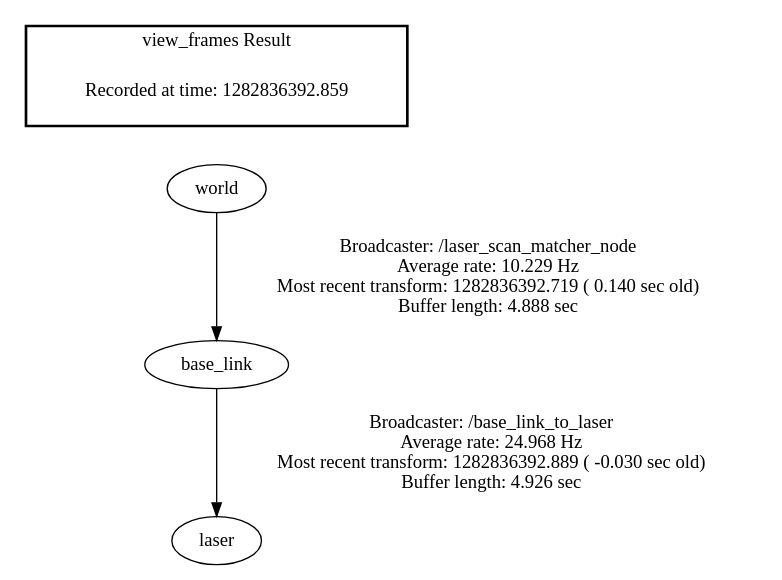
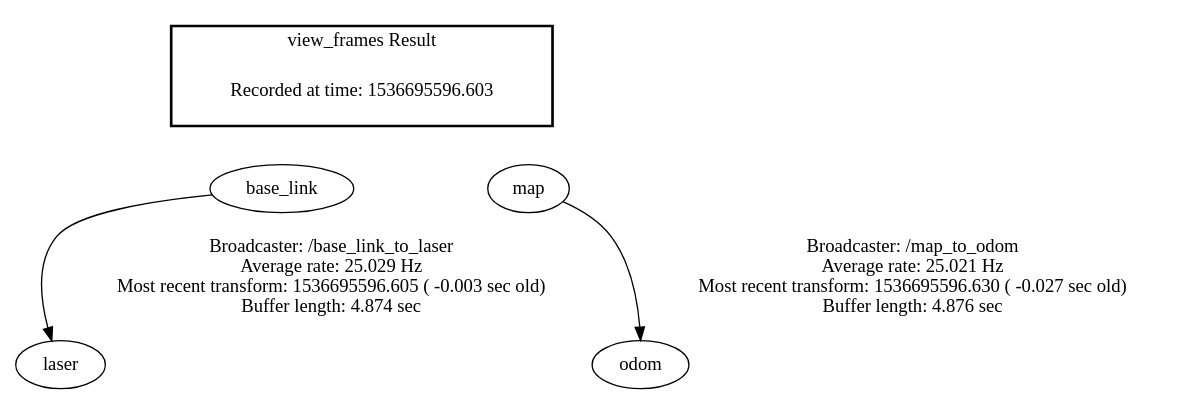
The diagram in ros/frames.gv (zacrash/trog), drawn with Graphviz before and after one commit. The commit also changed 48 other files, not shown here.

```diff
--- a/ros/frames.gv
+++ b/ros/frames.gv
@@ -1,8 +1,12 @@
 digraph G {
-"base_link" -> "laser"[label="Broadcaster: /base_link_to_laser\nAverage rate: 24.968 Hz\nMost recent transform: 1282836392.889 ( -0.030 sec old)\nBuffer length: 4.926 sec\n"];
-"world" -> "base_link"[label="Broadcaster: /laser_scan_matcher_node\nAverage rate: 10.229 Hz\nMost recent transform: 1282836392.719 ( 0.140 sec old)\nBuffer length: 4.888 sec\n"];
+"base_link" -> "laser"[label="Broadcaster: /base_link_to_laser\nAverage rate: 25.029 Hz\nMost recent transform: 1536695596.605 ( -0.003 sec old)\nBuffer length: 4.874 sec\n"];
+"map" -> "odom"[label="Broadcaster: /map_to_odom\nAverage rate: 25.021 Hz\nMost recent transform: 1536695596.630 ( -0.027 sec old)\nBuffer length: 4.876 sec\n"];
 edge [style=invis];
  subgraph cluster_legend { style=bold; color=black; label ="view_frames Result";
-"Recorded at time: 1282836392.859"[ shape=plaintext ] ;
- }->"world";
+"Recorded at time: 1536695596.603"[ shape=plaintext ] ;
+ }->"base_link";
+edge [style=invis];
+ subgraph cluster_legend { style=bold; color=black; label ="view_frames Result";
+"Recorded at time: 1536695596.603"[ shape=plaintext ] ;
+ }->"map";
 }
```
